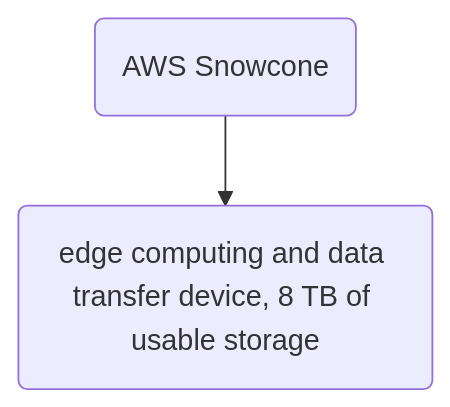
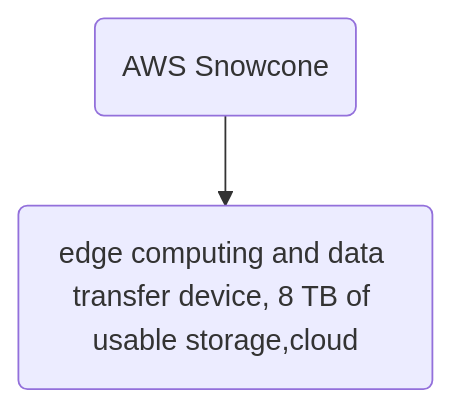
One commit to CarlosNaranjoMx/01_mkdocs changed diagram 17 of 24 in docs/certificaciones/aws.md. Above: the diagram before and after it, drawn with Mermaid. The commit also changed other lines of this file and 5 other files, not shown here.

````diff
--- a/docs/certificaciones/aws.md
+++ b/docs/certificaciones/aws.md
@@ -88,4 +90,4 @@
 ```mermaid
 flowchart TD
-    G(AWS Snowcone) --> H(edge computing and data transfer device, 8 TB of usable storage)
+    G(AWS Snowcone) --> H(edge computing and data transfer device, 8 TB of usable storage,cloud)
 ```
````
